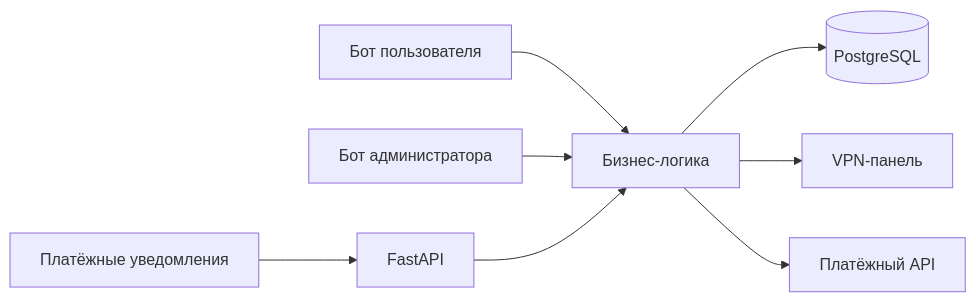
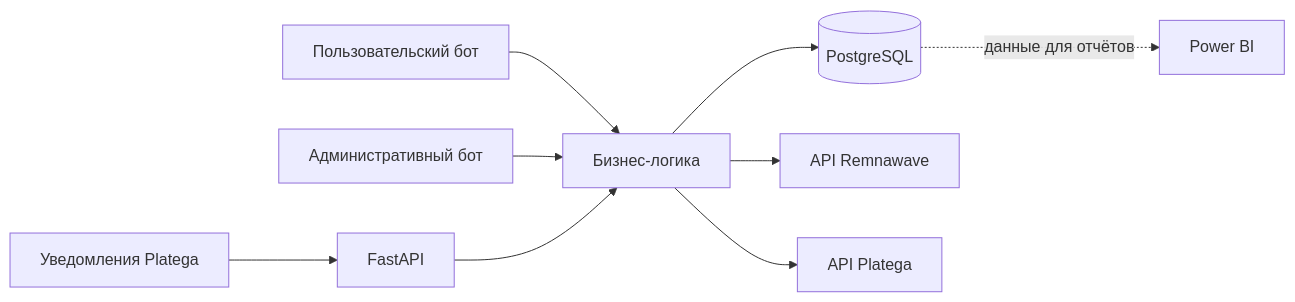
One commit to ultrider/linkout-vpn changed the diagram in README.md. Above: the diagram before and after it, drawn with Mermaid. The commit also changed other lines of this file, not shown here.

Commit message:
Document architecture and Power BI dashboards

````diff
--- a/README.md
+++ b/README.md
@@ -22,9 +40,11 @@
 ```mermaid
 flowchart LR
-    U[Бот пользователя] --> S[Бизнес-логика]
-    A[Бот администратора] --> S
-    P[Платёжные уведомления] --> API[FastAPI] --> S
+    U[Пользовательский бот] --> S[Бизнес-логика]
+    A[Административный бот] --> S
+    P[Уведомления Platega] --> API[FastAPI]
+    API --> S
     S --> DB[(PostgreSQL)]
-    S --> V[VPN-панель]
-    S --> PAY[Платёжный API]
+    S --> R[API Remnawave]
+    S --> PAPI[API Platega]
+    DB -. данные для отчётов .-> BI[Power BI]
 ```
````
